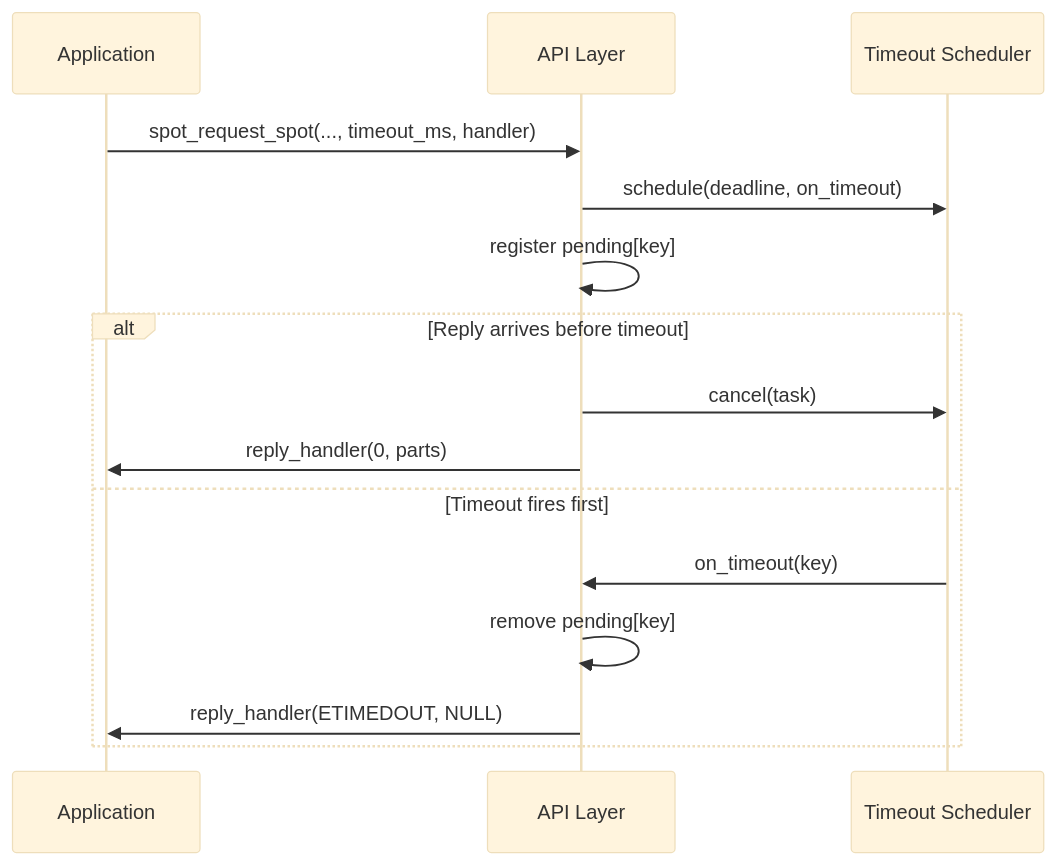
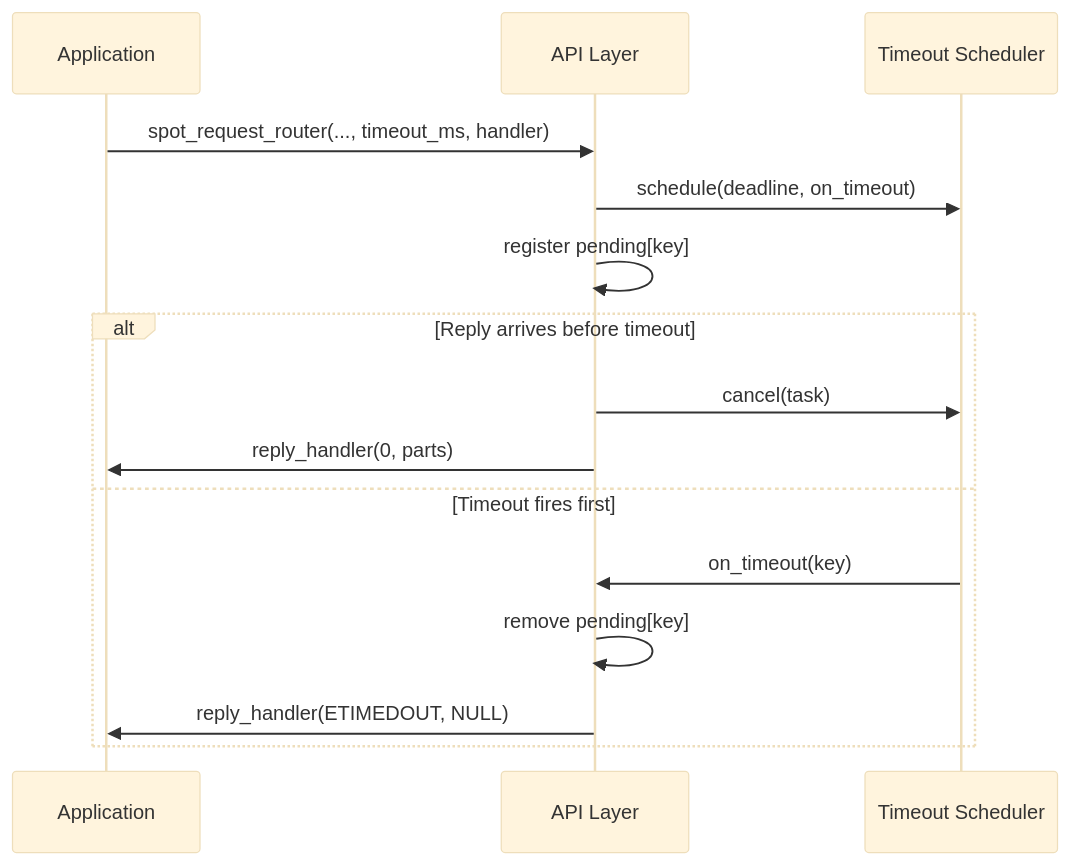
The fifth of 5 diagrams in doc/internals/protocol-zmp.md (kairos-code-dev/zlink), drawn with Mermaid (base theme) before and after one commit. The commit also changed other lines of this file and 308 other files, not shown here.

````diff
--- a/doc/internals/protocol-zmp.md
+++ b/doc/internals/protocol-zmp.md
@@ -215,19 +215,19 @@
 ```mermaid
 sequenceDiagram
     participant App as Application
     participant API as API Layer
     participant Sched as Timeout Scheduler
 
-    App->>API: spot_request_spot(..., timeout_ms, handler)
+    App->>API: spot_request_router(..., timeout_ms, handler)
     API->>Sched: schedule(deadline, on_timeout)
     API->>API: register pending[key]
 
     alt Reply arrives before timeout
         API->>Sched: cancel(task)
         API->>App: reply_handler(0, parts)
     else Timeout fires first
         Sched->>API: on_timeout(key)
         API->>API: remove pending[key]
         API->>App: reply_handler(ETIMEDOUT, NULL)
     end
 ```
````
